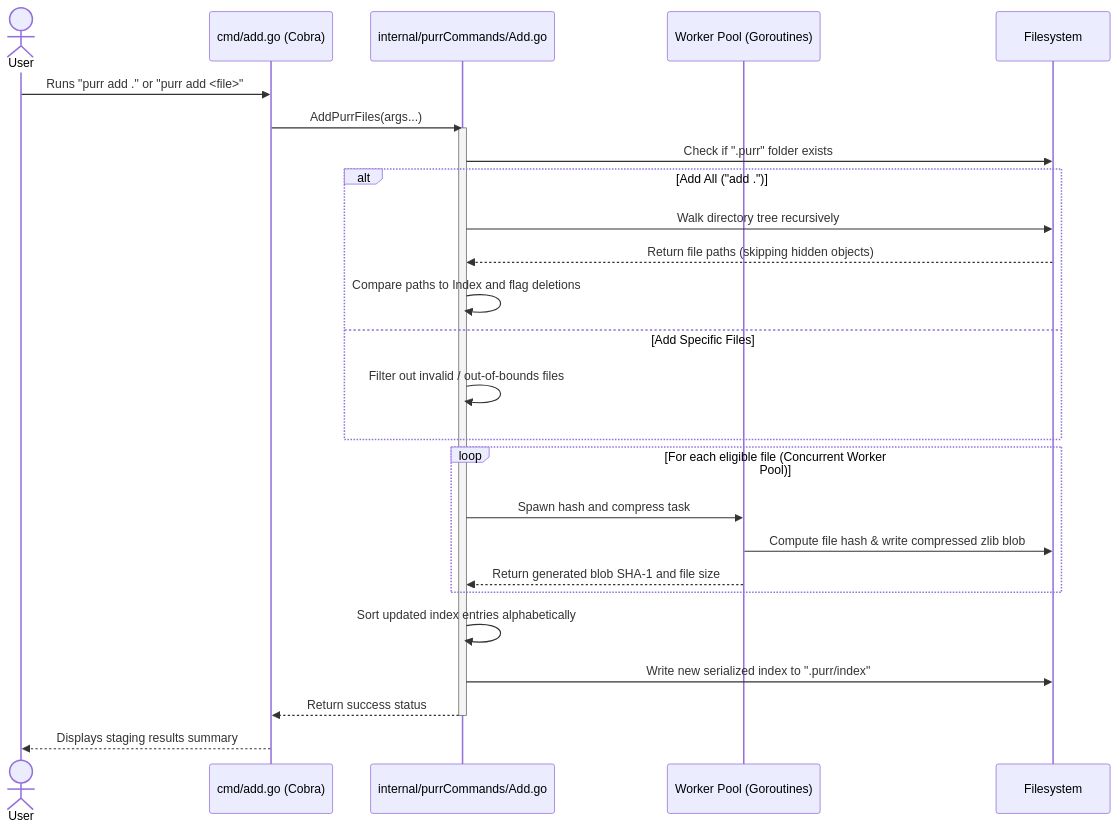
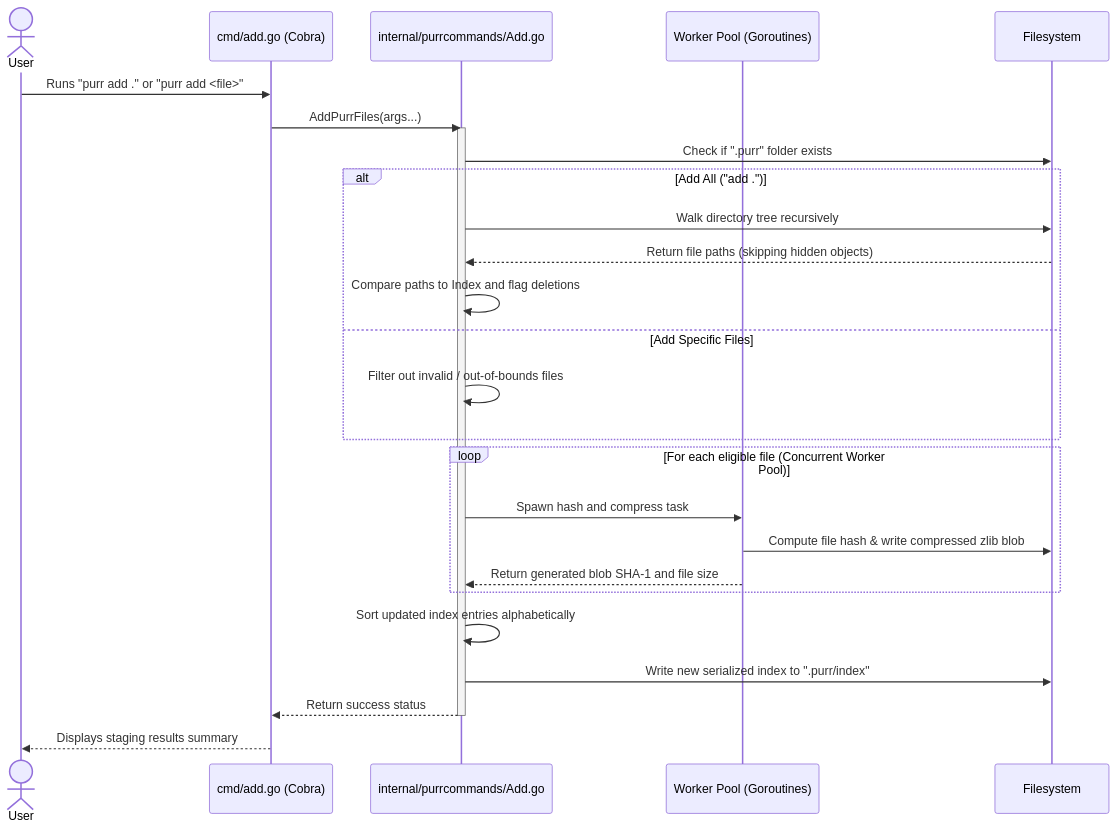
The fifth of 6 diagrams in Docs/ARCHITECTURE.md (TheRealShek/persephone), drawn with Mermaid before and after one commit. The commit also changed other lines of this file and 36 other files, not shown here.

````diff
--- a/Docs/ARCHITECTURE.md
+++ b/Docs/ARCHITECTURE.md
@@ -367,35 +367,35 @@
 ```mermaid
 sequenceDiagram
     actor User
     participant CLI as cmd/add.go (Cobra)
-    participant Core as internal/purrCommands/Add.go
+    participant Core as internal/purrcommands/Add.go
     participant WP as Worker Pool (Goroutines)
     participant OS as Filesystem
 
     User->>CLI: Runs "purr add ." or "purr add <file>"
     CLI->>Core: AddPurrFiles(args...)
 
     activate Core
     Core->>OS: Check if ".purr" folder exists
 
     alt Add All ("add .")
         Core->>OS: Walk directory tree recursively
         OS-->>Core: Return file paths (skipping hidden objects)
         Core->>Core: Compare paths to Index and flag deletions
     else Add Specific Files
         Core->>Core: Filter out invalid / out-of-bounds files
     end
 
     loop For each eligible file (Concurrent Worker Pool)
         Core->>WP: Spawn hash and compress task
         WP->>OS: Compute file hash & write compressed zlib blob
         WP-->>Core: Return generated blob SHA-1 and file size
     end
 
     Core->>Core: Sort updated index entries alphabetically
     Core->>OS: Write new serialized index to ".purr/index"
 
     Core-->>CLI: Return success status
     deactivate Core
     CLI-->>User: Displays staging results summary
 ```
````
